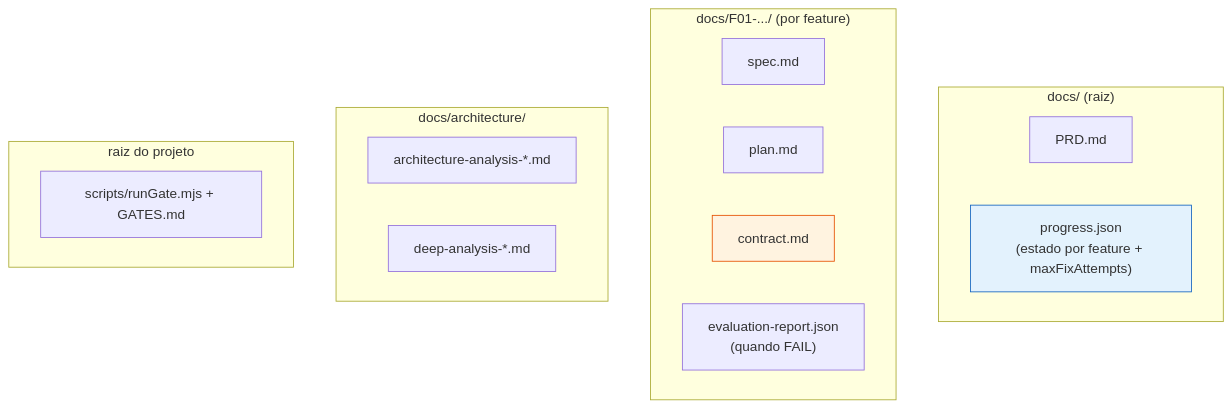
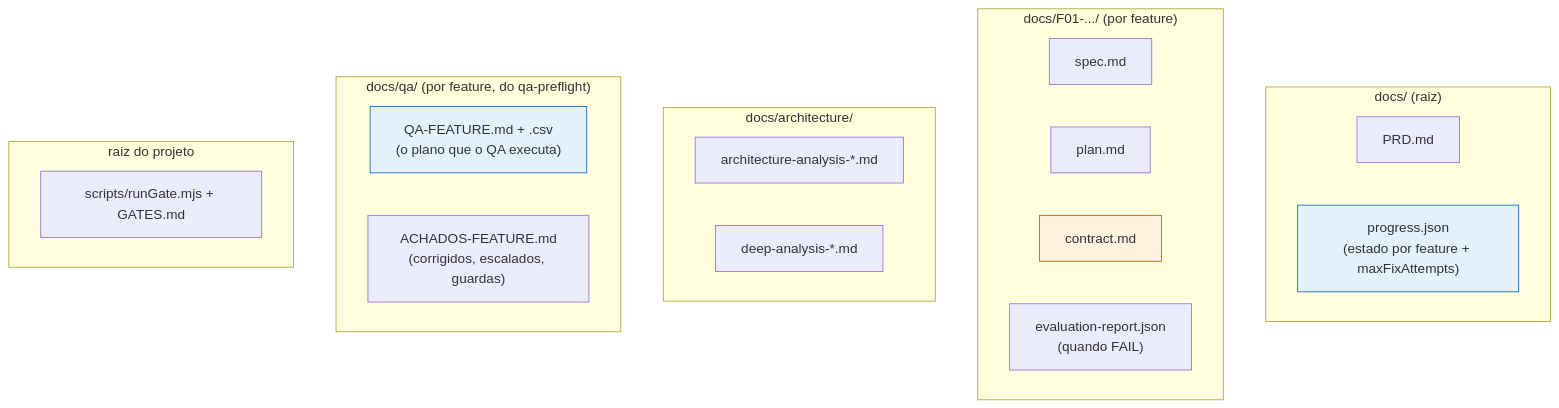
Before and after one commit to dayvisonassis/sdd-skills: the fifth of 5 diagrams in docs/GUIA_DO_WORKFLOW.md, drawn with Mermaid. The commit also changed other lines of this file and 1 other file, not shown here.

First line of the commit message:
Docs: place qa-preflight in the package index and the workflow guide

````diff
--- a/docs/GUIA_DO_WORKFLOW.md
+++ b/docs/GUIA_DO_WORKFLOW.md
@@ -292,23 +331,28 @@
 ```mermaid
 flowchart TD
     subgraph docsroot ["docs/ (raiz)"]
         PRDF["PRD.md"]
         PJ["progress.json<br/>(estado por feature + maxFixAttempts)"]
     end
     subgraph feat ["docs/F01-.../ (por feature)"]
         SP["spec.md"]
         PL["plan.md"]
         CT["contract.md"]
         ER["evaluation-report.json<br/>(quando FAIL)"]
     end
     subgraph arch ["docs/architecture/"]
         ARp["architecture-analysis-*.md"]
         DRp["deep-analysis-*.md"]
     end
+    subgraph qa ["docs/qa/ (por feature, do qa-preflight)"]
+        QAP["QA-FEATURE.md + .csv<br/>(o plano que o QA executa)"]
+        ACH["ACHADOS-FEATURE.md<br/>(corrigidos, escalados, guardas)"]
+    end
     subgraph proj ["raiz do projeto"]
         RG["scripts/runGate.mjs + GATES.md"]
     end
 
     style CT fill:#fff3e0,stroke:#e65100
     style PJ fill:#e3f2fd,stroke:#1565c0
+    style QAP fill:#e3f2fd,stroke:#1565c0
 ```
````
